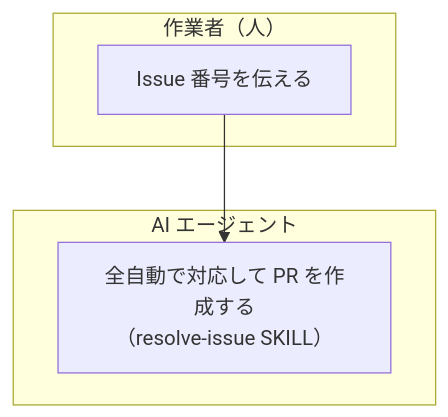
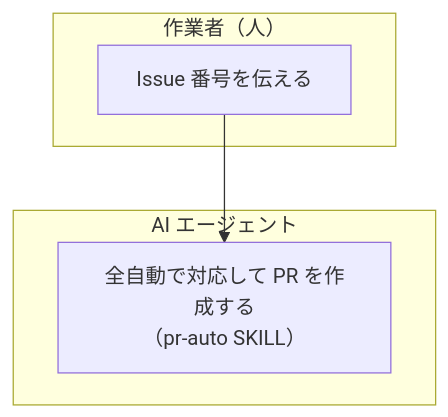
Before and after one commit to k5n/custom-agents-settings: the third of 6 diagrams in docs/Workflow.md, drawn with Mermaid. The commit also changed other lines of this file and 9 other files, not shown here.

````diff
--- a/docs/Workflow.md
+++ b/docs/Workflow.md
@@ -109,12 +112,12 @@
 ```mermaid
 flowchart TD
     subgraph Human[作業者（人）]
         A[Issue 番号を伝える]
     end
 
     subgraph AI[AI エージェント]
-        B[全自動で対応して PR を作成する\n（resolve-issue SKILL）]
+        B[全自動で対応して PR を作成する\n（pr-auto SKILL）]
     end
 
     A --> B
 ```
````
